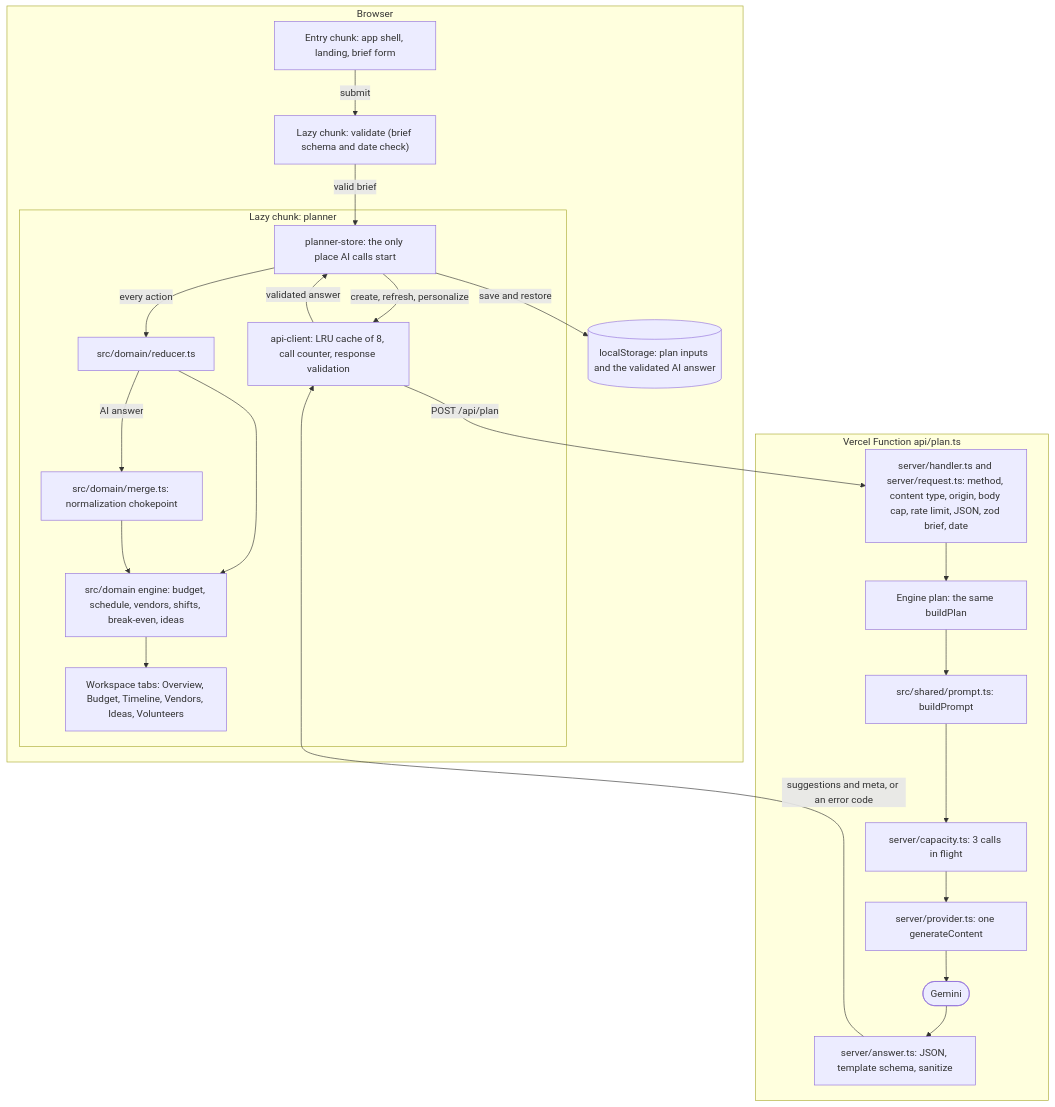
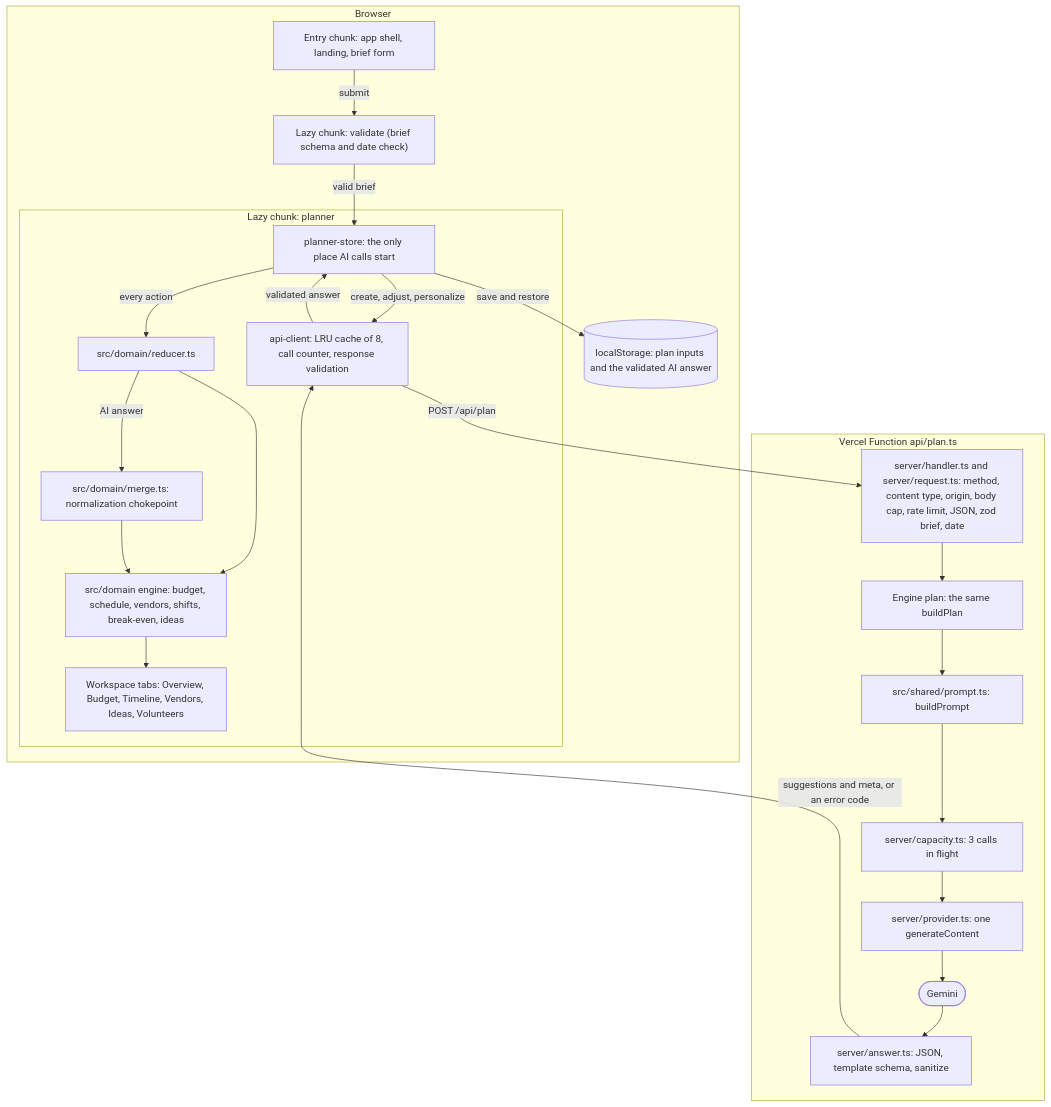
One commit to Auenchanters/gatherwise changed the diagram in docs/ARCHITECTURE.md. Above: the diagram before and after it, drawn with Mermaid. The commit also changed other lines of this file and 39 other files, not shown here.

````diff
--- a/docs/ARCHITECTURE.md
+++ b/docs/ARCHITECTURE.md
@@ -7,41 +7,41 @@
 ```mermaid
 flowchart TD
   subgraph Browser
     entry["Entry chunk: app shell, landing, brief form"]
     validate["Lazy chunk: validate (brief schema and date check)"]
     subgraph planner["Lazy chunk: planner"]
       store["planner-store: the only place AI calls start"]
       reducer["src/domain/reducer.ts"]
       engine["src/domain engine: budget, schedule, vendors, shifts, break-even, ideas"]
       merge["src/domain/merge.ts: normalization chokepoint"]
       tabs["Workspace tabs: Overview, Budget, Timeline, Vendors, Ideas, Volunteers"]
       client["api-client: LRU cache of 8, call counter, response validation"]
     end
     storage[("localStorage: plan inputs and the validated AI answer")]
   end
 
   subgraph Vercel["Vercel Function api/plan.ts"]
     gate["server/handler.ts and server/request.ts: method, content type, origin, body cap, rate limit, JSON, zod brief, date"]
     plan["Engine plan: the same buildPlan"]
     prompt["src/shared/prompt.ts: buildPrompt"]
     capacity["server/capacity.ts: 3 calls in flight"]
     provider["server/provider.ts: one generateContent"]
     gemini(["Gemini"])
     parse["server/answer.ts: JSON, template schema, sanitize"]
   end
 
   entry -->|submit| validate
   validate -->|valid brief| store
   store -->|every action| reducer
   reducer --> engine
   engine --> tabs
   store -->|save and restore| storage
-  store -->|create, refresh, personalize| client
+  store -->|create, adjust, personalize| client
   client -->|POST /api/plan| gate
   gate --> plan --> prompt --> capacity --> provider --> gemini
   gemini --> parse
   parse -->|suggestions and meta, or an error code| client
   client -->|validated answer| store
   reducer -->|AI answer| merge
   merge --> engine
 ```
````
